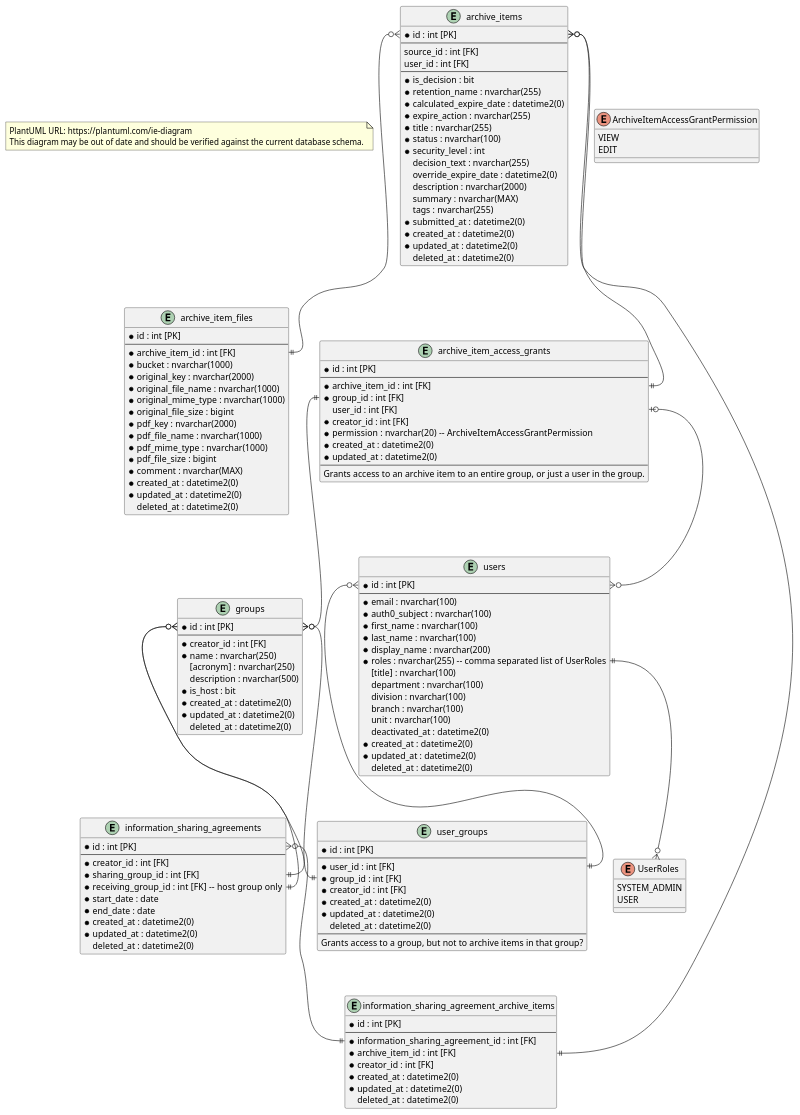
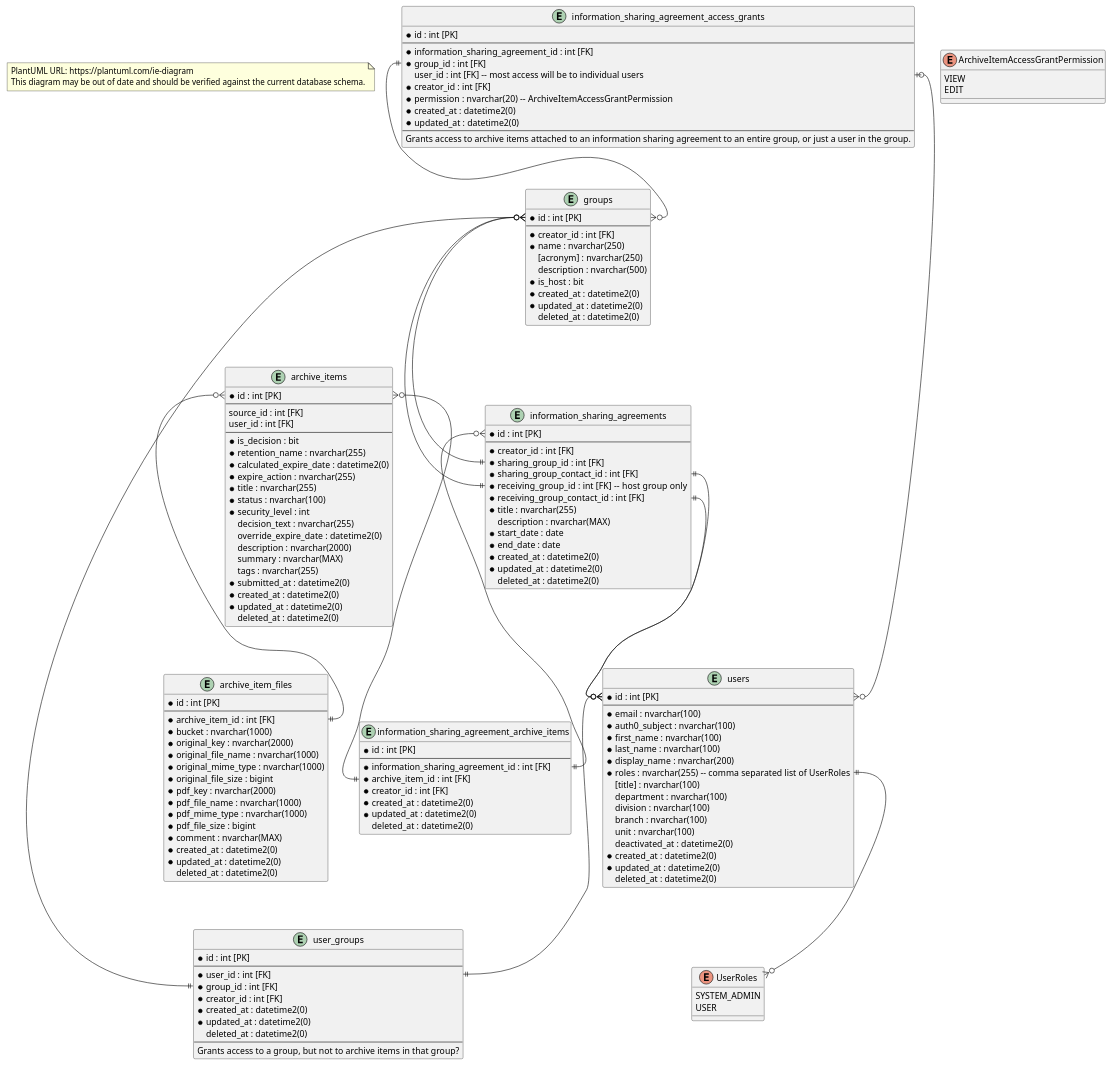
Before and after one commit to ytgov/traditional-knowledge: the diagram in _Design/Entity Relationship Diagram.wsd, drawn with PlantUML. The commit also changed 1 other file, not shown here.

Commit message:
:tophat: Update entity relationship diagram.

```diff
--- a/_Design/Entity Relationship Diagram.wsd
+++ b/_Design/Entity Relationship Diagram.wsd
@@ -1,164 +1,164 @@
 @startuml Entity Relationship Diagram
 top to bottom direction
 
 note as Disclaimer
 PlantUML URL: https://plantuml.com/ie-diagram
 This diagram may be out of date and should be verified against the current database schema.
 end note
 
 entity "archive_items" {
   * id : int [PK]
   --
   source_id : int [FK]
   user_id : int [FK]
   --
   * is_decision : bit
   * retention_name : nvarchar(255)
   * calculated_expire_date : datetime2(0)
   * expire_action : nvarchar(255)
   * title : nvarchar(255)
   * status : nvarchar(100)
   * security_level : int
   decision_text : nvarchar(255)
   override_expire_date : datetime2(0)
   description : nvarchar(2000)
   summary : nvarchar(MAX)
   tags : nvarchar(255)
   * submitted_at : datetime2(0)
   * created_at : datetime2(0)
   * updated_at : datetime2(0)
   deleted_at : datetime2(0)
 }
 
 entity "archive_item_files" {
   * id : int [PK]
   --
   * archive_item_id : int [FK]
   * bucket : nvarchar(1000)
   * original_key : nvarchar(2000)
   * original_file_name : nvarchar(1000)
   * original_mime_type : nvarchar(1000)
   * original_file_size : bigint
   * pdf_key : nvarchar(2000)
   * pdf_file_name : nvarchar(1000)
   * pdf_mime_type : nvarchar(1000)
   * pdf_file_size : bigint
   * comment : nvarchar(MAX)
   * created_at : datetime2(0)
   * updated_at : datetime2(0)
   deleted_at : datetime2(0)
 }
 
 enum ArchiveItemAccessGrantPermission {
   VIEW
   EDIT
 }
 
-entity "archive_item_access_grants" {
-  * id : int [PK]
-  --
-  * archive_item_id : int [FK]
-  * group_id : int [FK]
-  user_id : int [FK]
-  * creator_id : int [FK]
-  * permission : nvarchar(20)  -- ArchiveItemAccessGrantPermission
-  * created_at : datetime2(0)
-  * updated_at : datetime2(0)
-  --
-  Grants access to an archive item to an entire group, or just a user in the group.
-}
-
-
 entity "information_sharing_agreements" {
   * id : int [PK]
   --
   * creator_id : int [FK]
   * sharing_group_id : int [FK]
+  * sharing_group_contact_id : int [FK]
   * receiving_group_id : int [FK]  -- host group only
+  * receiving_group_contact_id : int [FK]
+  * title : nvarchar(255)
+  description : nvarchar(MAX)
   * start_date : date
   * end_date : date
   * created_at : datetime2(0)
   * updated_at : datetime2(0)
   deleted_at : datetime2(0)
+}
+
+entity "information_sharing_agreement_access_grants" {
+  * id : int [PK]
+  --
+  * information_sharing_agreement_id : int [FK]
+  * group_id : int [FK]
+  user_id : int [FK] -- most access will be to individual users
+  * creator_id : int [FK]
+  * permission : nvarchar(20) -- ArchiveItemAccessGrantPermission
+  * created_at : datetime2(0)
+  * updated_at : datetime2(0)
+  --
+  Grants access to archive items attached to an information sharing agreement to an entire group, or just a user in the group.
 }
 
 entity "information_sharing_agreement_archive_items" {
   * id : int [PK]
   --
   * information_sharing_agreement_id : int [FK]
   * archive_item_id : int [FK]
   * creator_id : int [FK]
   * created_at : datetime2(0)
   * updated_at : datetime2(0)
   deleted_at : datetime2(0)
 }
-
 
 entity "groups" {
   * id : int [PK]
   --
   * creator_id : int [FK]
   * name : nvarchar(250)
   [acronym] : nvarchar(250)
   description : nvarchar(500)
   * is_host : bit
   * created_at : datetime2(0)
   * updated_at : datetime2(0)
   deleted_at : datetime2(0)
 }
 
 entity "users" {
   * id : int [PK]
   --
   * email : nvarchar(100)
   * auth0_subject : nvarchar(100)
   * first_name : nvarchar(100)
   * last_name : nvarchar(100)
   * display_name : nvarchar(200)
   * roles : nvarchar(255) -- comma separated list of UserRoles
   [title] : nvarchar(100)
   department : nvarchar(100)
   division : nvarchar(100)
   branch : nvarchar(100)
   unit : nvarchar(100)
   deactivated_at : datetime2(0)
   * created_at : datetime2(0)
   * updated_at : datetime2(0)
   deleted_at : datetime2(0)
 }
 
 enum UserRoles {
   SYSTEM_ADMIN
   USER
 }
 
 entity "user_groups" {
   * id : int [PK]
   --
   * user_id : int [FK]
   * group_id : int [FK]
   * creator_id : int [FK]
   ' is_admin : bit -- TODO: implement, or use roles like with users.
   * created_at : datetime2(0)
   * updated_at : datetime2(0)
   deleted_at : datetime2(0)
   --
   Grants access to a group, but not to archive items in that group?
 }
 
-' ======================
 ' Relationships
-' ======================
-
 archive_items::id }o--|| archive_item_files::archive_item_id
-archive_items::id }o--|| archive_item_access_grants::archive_item_id
 archive_items::id }o--|| information_sharing_agreement_archive_items::archive_item_id
-archive_item_access_grants::group_id ||--o{ groups::id
-archive_item_access_grants::user_id |o--o{ users::id
 groups::id }o--|| information_sharing_agreements::receiving_group_id
 groups::id }o--|| information_sharing_agreements::sharing_group_id
 groups::id }o--|| user_groups::group_id
+information_sharing_agreement_access_grants::group_id ||--o{ groups::id
+information_sharing_agreement_access_grants::user_id |o--o{ users::id
 information_sharing_agreements::id }o--|| information_sharing_agreement_archive_items::information_sharing_agreement_id
+information_sharing_agreements::receiving_group_contact_id ||--o{ users::id
+information_sharing_agreements::sharing_group_contact_id ||--o{ users::id
 users::id }o--|| user_groups::user_id
 users::roles ||--o{ UserRoles
 @enduml
```
